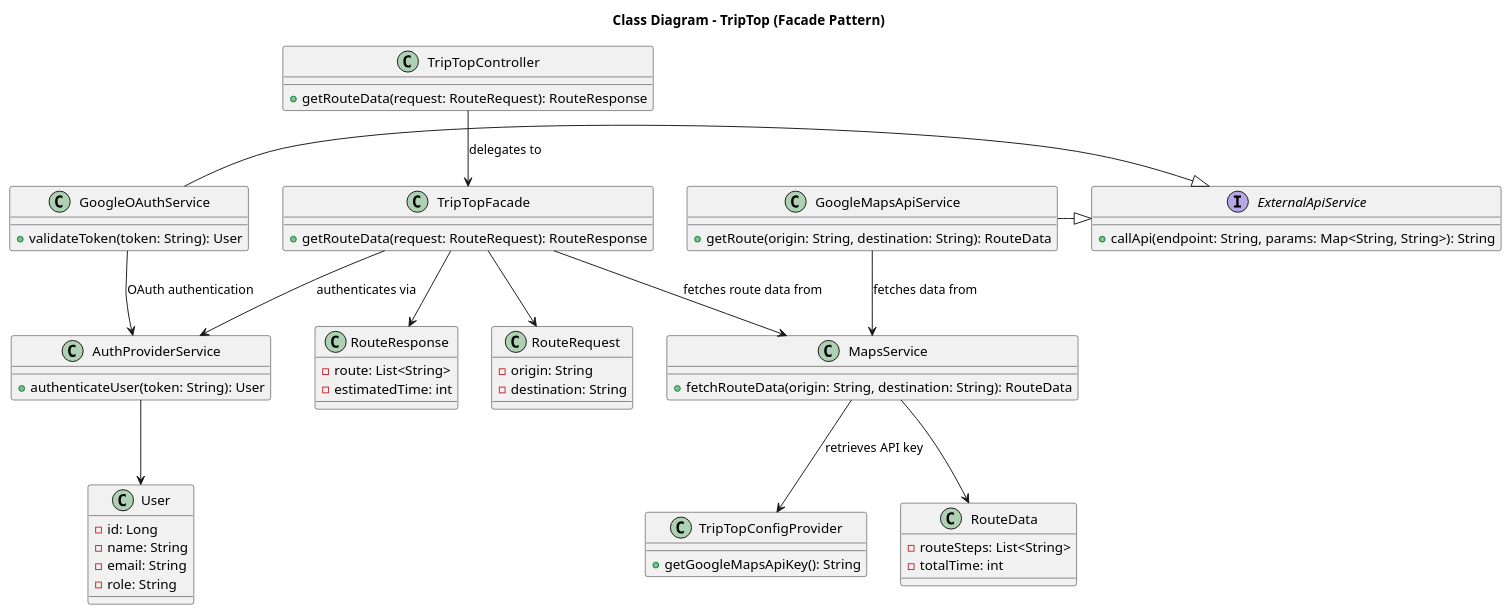
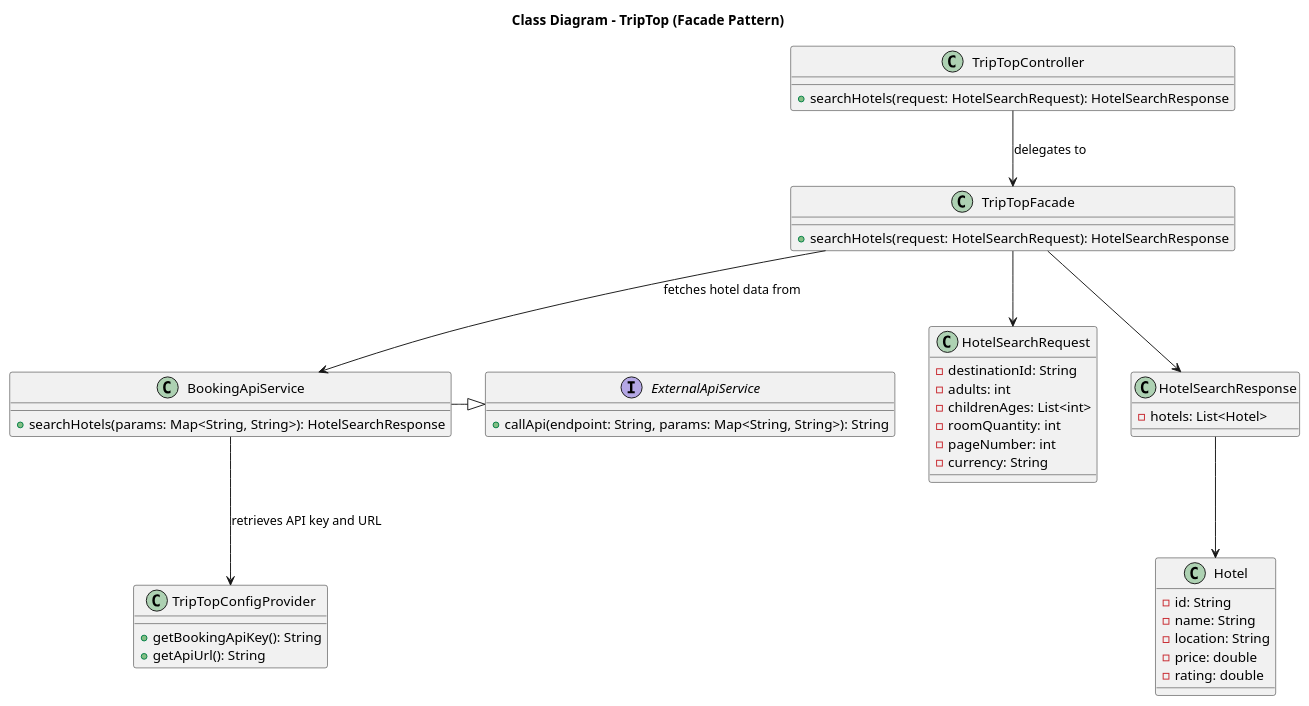
Before and after one commit to AIM-ENE-feb25/triptop-groep-b6: the diagram in gemaakte_werk_bryan/pressure_cooker_class_diagram.puml, drawn with PlantUML. The commit also changed 2 other files, not shown here.

```diff
--- a/gemaakte_werk_bryan/pressure_cooker_class_diagram.puml
+++ b/gemaakte_werk_bryan/pressure_cooker_class_diagram.puml
@@ -1,71 +1,55 @@
 @startuml
+
 title Class Diagram - TripTop (Facade Pattern)
 
 class TripTopController {
-    +getRouteData(request: RouteRequest): RouteResponse
+    +searchHotels(request: HotelSearchRequest): HotelSearchResponse
 }
 
 class TripTopFacade {
-    +getRouteData(request: RouteRequest): RouteResponse
+    +searchHotels(request: HotelSearchRequest): HotelSearchResponse
 }
 
-class AuthProviderService {
-    +authenticateUser(token: String): User
-}
-
-class MapsService {
-    +fetchRouteData(origin: String, destination: String): RouteData
+class BookingApiService {
+    +searchHotels(params: Map<String, String>): HotelSearchResponse
 }
 
 class TripTopConfigProvider {
-    +getGoogleMapsApiKey(): String
+    +getBookingApiKey(): String
+    +getApiUrl(): String
 }
 
-class User {
-    -id: Long
-    -name: String
-    -email: String
-    -role: String
+class HotelSearchRequest {
+    -destinationId: String
+    -adults: int
+    -childrenAges: List<int>
+    -roomQuantity: int
+    -pageNumber: int
+    -currency: String
 }
 
-class RouteRequest {
-    -origin: String
-    -destination: String
+class HotelSearchResponse {
+    -hotels: List<Hotel>
 }
 
-class RouteResponse {
-    -route: List<String>
-    -estimatedTime: int
-}
-
-class RouteData {
-    -routeSteps: List<String>
-    -totalTime: int
+class Hotel {
+    -id: String
+    -name: String
+    -location: String
+    -price: double
+    -rating: double
 }
 
 interface ExternalApiService {
     +callApi(endpoint: String, params: Map<String, String>): String
 }
 
-class GoogleOAuthService {
-    +validateToken(token: String): User
-}
-
-class GoogleMapsApiService {
-    +getRoute(origin: String, destination: String): RouteData
-}
-
+BookingApiService -|> ExternalApiService
 TripTopController --> TripTopFacade : "delegates to"
-TripTopFacade --> AuthProviderService : "authenticates via"
-TripTopFacade --> MapsService : "fetches route data from"
-MapsService --> TripTopConfigProvider : "retrieves API key"
-TripTopFacade --> RouteRequest
-TripTopFacade --> RouteResponse
-MapsService --> RouteData
-AuthProviderService --> User
-GoogleOAuthService -|> ExternalApiService
-GoogleMapsApiService -|> ExternalApiService
-GoogleOAuthService --> AuthProviderService : "OAuth authentication"
-GoogleMapsApiService --> MapsService : "fetches data from"
+TripTopFacade --> BookingApiService : "fetches hotel data from"
+BookingApiService --> TripTopConfigProvider : "retrieves API key and URL"
+TripTopFacade --> HotelSearchRequest
+TripTopFacade --> HotelSearchResponse
+HotelSearchResponse --> Hotel
 
 @enduml
```
